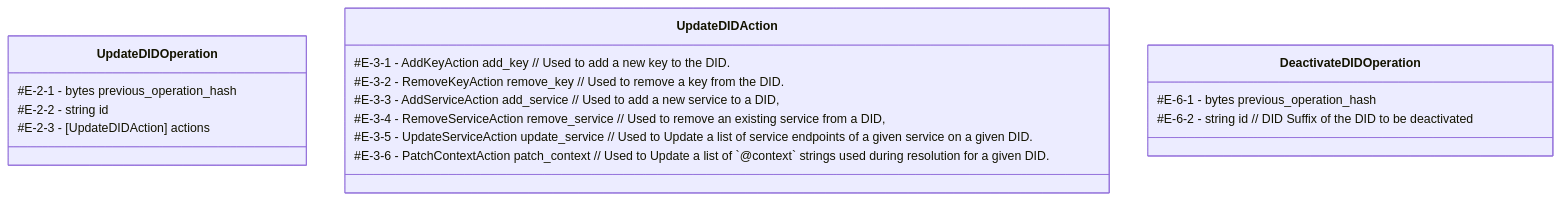
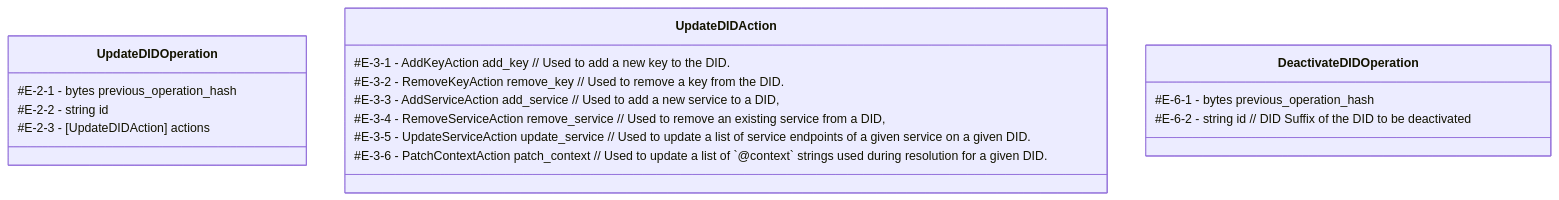
One commit to hyperledger-identus/prism-vdr-driver changed the sixth of 9 diagrams in prism-vdr-specification.md. Above: the diagram before and after it, drawn with Mermaid. The commit also changed other lines of this file, not shown here.

````diff
--- a/prism-vdr-specification.md
+++ b/prism-vdr-specification.md
@@ -337,21 +337,21 @@
 ```mermaid
 classDiagram
 class UpdateDIDOperation
 UpdateDIDOperation : #E-2-1 - bytes previous_operation_hash
 UpdateDIDOperation : #E-2-2 - string id
 UpdateDIDOperation : #E-2-3 - [UpdateDIDAction] actions
 
 class UpdateDIDAction
 UpdateDIDAction : #E-3-1 - AddKeyAction add_key // Used to add a new key to the DID.
 UpdateDIDAction : #E-3-2 - RemoveKeyAction remove_key // Used to remove a key from the DID.
 UpdateDIDAction : #E-3-3 - AddServiceAction add_service // Used to add a new service to a DID,
 UpdateDIDAction : #E-3-4 - RemoveServiceAction remove_service // Used to remove an existing service from a DID,
-UpdateDIDAction : #E-3-5 - UpdateServiceAction update_service // Used to Update a list of service endpoints of a given service on a given DID.
-UpdateDIDAction : #E-3-6 - PatchContextAction patch_context // Used to Update a list of `@context` strings used during resolution for a given DID.
+UpdateDIDAction : #E-3-5 - UpdateServiceAction update_service // Used to update a list of service endpoints of a given service on a given DID.
+UpdateDIDAction : #E-3-6 - PatchContextAction patch_context // Used to update a list of `@context` strings used during resolution for a given DID.
   
 
 
 class DeactivateDIDOperation
 DeactivateDIDOperation : #E-6-1 - bytes previous_operation_hash
 DeactivateDIDOperation : #E-6-2 - string id // DID Suffix of the DID to be deactivated
 ```
````
